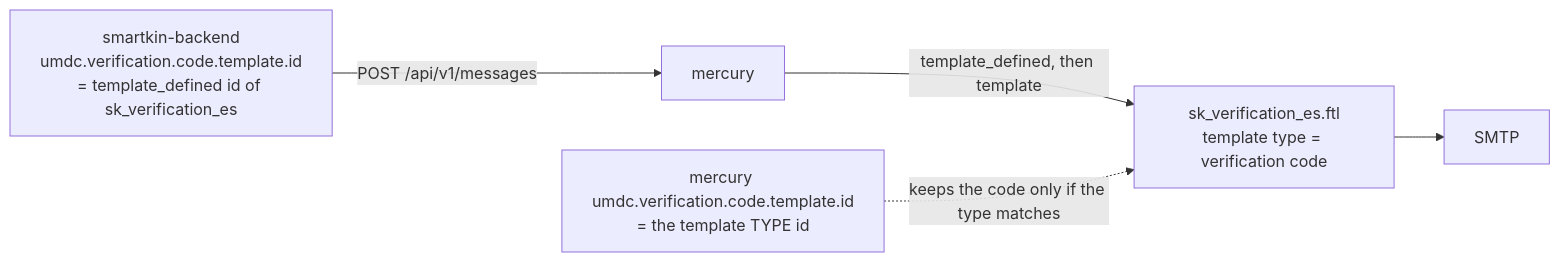
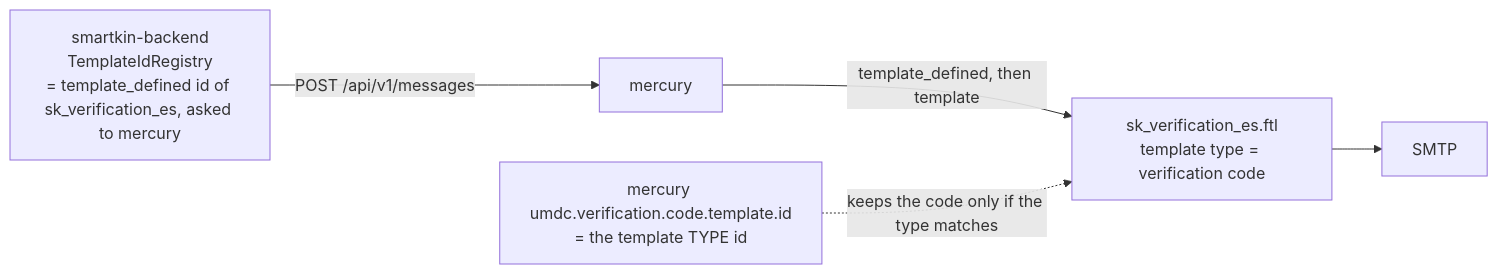
The seventh of 27 diagrams in docs/TECHNICAL_GUIDE.md (um-dev-creative/smartkin-backend), drawn with Mermaid before and after one commit. The commit also changed other lines of this file and 12 other files, not shown here.

First line of the commit message:
feat(mail): template ids asked to mercury by file name, like zerobound

````diff
--- a/docs/TECHNICAL_GUIDE.md
+++ b/docs/TECHNICAL_GUIDE.md
@@ -284,7 +284,7 @@
 ```mermaid
 flowchart LR
-    S["smartkin-backend<br/>umdc.verification.code.template.id<br/>= template_defined id of sk_verification_es"] -->|POST /api/v1/messages| M[mercury]
+    S["smartkin-backend<br/>TemplateIdRegistry<br/>= template_defined id of sk_verification_es, asked to mercury"] -->|POST /api/v1/messages| M[mercury]
     M -->|template_defined, then template| F["sk_verification_es.ftl<br/>template type = verification code"]
     C["mercury umdc.verification.code.template.id<br/>= the template TYPE id"] -.->|keeps the code only if the type matches| F
     F --> E[SMTP]
 ```
````
